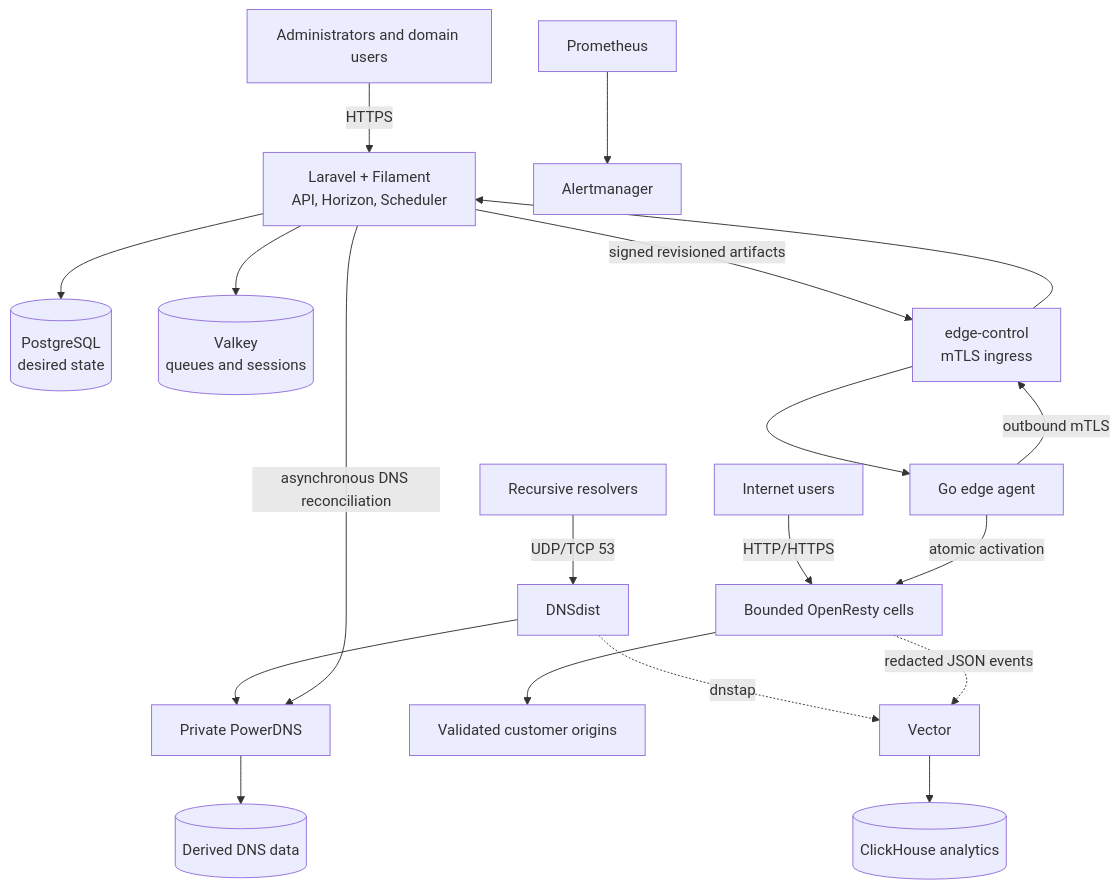
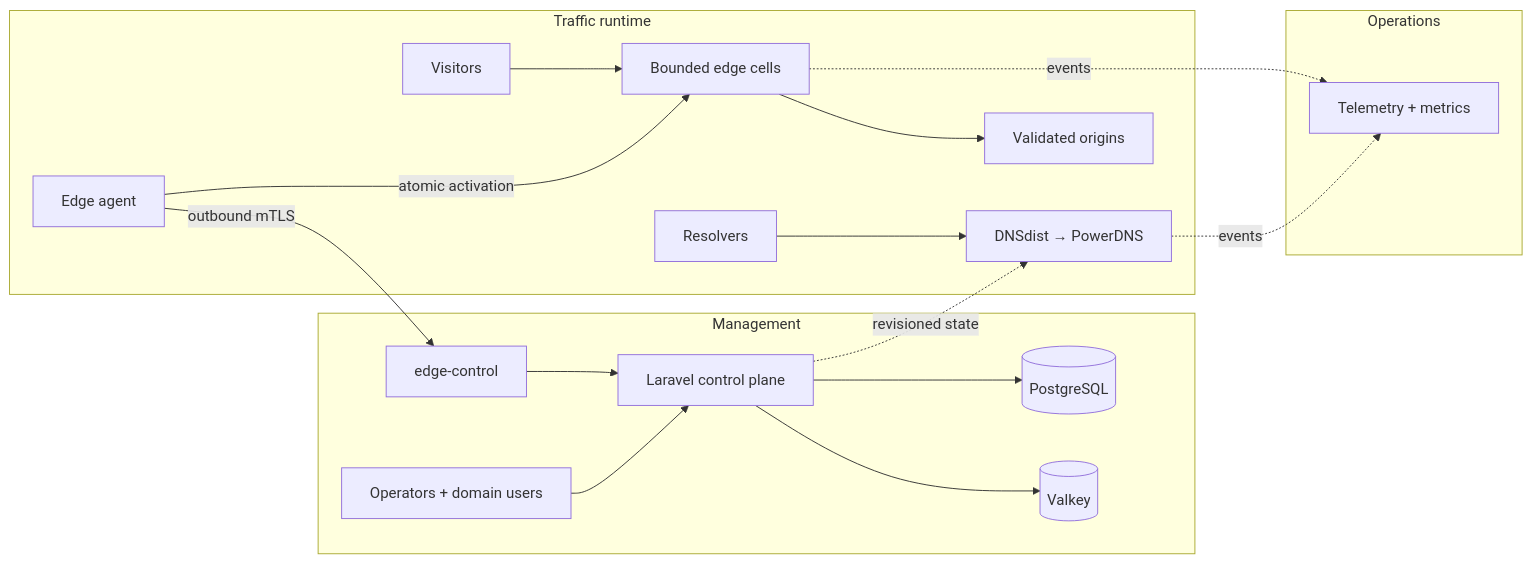
The diagram in README.md (vaheed/CDNFoundry), drawn with Mermaid before and after one commit. The commit also changed 24 other files, not shown here.

````diff
--- a/README.md
+++ b/README.md
@@ -52,25 +52,20 @@
 ```mermaid
-flowchart TB
-    Operator["Administrators and domain users"] -->|"HTTPS"| Control["Laravel + Filament<br/>API, Horizon, Scheduler"]
-    Control --> State[("PostgreSQL<br/>desired state")]
-    Control --> Queue[("Valkey<br/>queues and sessions")]
-
-    Resolver["Recursive resolvers"] -->|"UDP/TCP 53"| DNSdist["DNSdist"]
-    DNSdist --> PowerDNS["Private PowerDNS"]
-    PowerDNS --> PDNSDB[("Derived DNS data")]
-
-    Visitors["Internet users"] -->|"HTTP/HTTPS"| Edge["Bounded OpenResty cells"]
-    Edge --> Origins["Validated customer origins"]
-
-    Control -->|"asynchronous DNS reconciliation"| PowerDNS
-    Agent["Go edge agent"] -->|"outbound mTLS"| EdgeControl["edge-control<br/>mTLS ingress"]
-    EdgeControl --> Control
-    Control -->|"signed revisioned artifacts"| EdgeControl
-    EdgeControl --> Agent
-    Agent -->|"atomic activation"| Edge
-
-    DNSdist -. "dnstap" .-> Vector["Vector"]
-    Edge -. "redacted JSON events" .-> Vector
-    Vector --> ClickHouse[("ClickHouse analytics")]
-    Metrics["Prometheus"] --> Alerts["Alertmanager"]
+flowchart LR
+    subgraph Management["Management"]
+      People["Operators + domain users"] --> Control["Laravel control plane"]
+      Control --> State[("PostgreSQL")]
+      Control --> Queue[("Valkey")]
+      EdgeControl["edge-control"] --> Control
+    end
+    subgraph Runtime["Traffic runtime"]
+      Agent["Edge agent"] -->|"outbound mTLS"| EdgeControl
+      Agent -->|"atomic activation"| Edge["Bounded edge cells"]
+      Resolvers["Resolvers"] --> DNS["DNSdist → PowerDNS"]
+      Visitors["Visitors"] --> Edge --> Origins["Validated origins"]
+    end
+    subgraph Operations["Operations"]
+      DNS -. "events" .-> Observe["Telemetry + metrics"]
+      Edge -. "events" .-> Observe
+    end
+    Control -. "revisioned state" .-> DNS
 ```
````
